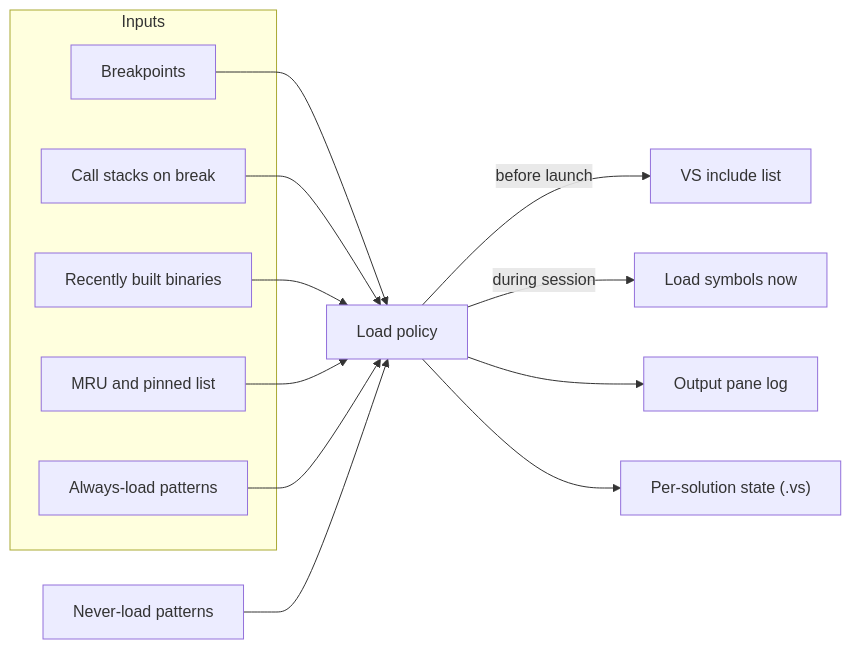
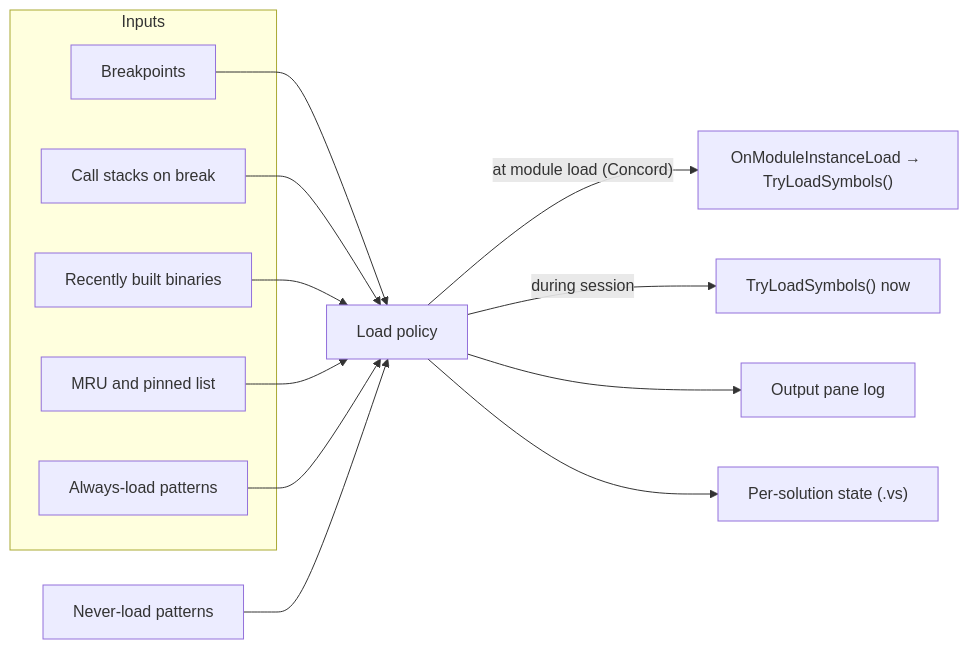
Before and after one commit to mattshepcar/VSOnDemandSymbols: the diagram in docs/SPEC.md, drawn with Mermaid. The commit also changed other lines of this file and 11 other files, not shown here.

Commit message:
Revise spec, architecture, and Phase 0 spikes to use Concord Hybrid (D-15)

````diff
--- a/docs/SPEC.md
+++ b/docs/SPEC.md
@@ -64,20 +64,20 @@
 ```mermaid
 flowchart LR
     subgraph Inputs
         BP["Breakpoints"]
         CS["Call stacks on break"]
         RB["Recently built binaries"]
         MRU["MRU and pinned list"]
         AL["Always-load patterns"]
     end
     BP --> POL["Load policy"]
     CS --> POL
     RB --> POL
     MRU --> POL
     AL --> POL
     NL["Never-load patterns"] --> POL
-    POL -->|"before launch"| INC["VS include list"]
-    POL -->|"during session"| LS["Load symbols now"]
+    POL -->|"at module load (Concord)"| OML["OnModuleInstanceLoad → TryLoadSymbols()"]
+    POL -->|"during session"| LS["TryLoadSymbols() now"]
     POL --> LOG["Output pane log"]
     POL --> STATE["Per-solution state (.vs)"]
 ```
````
